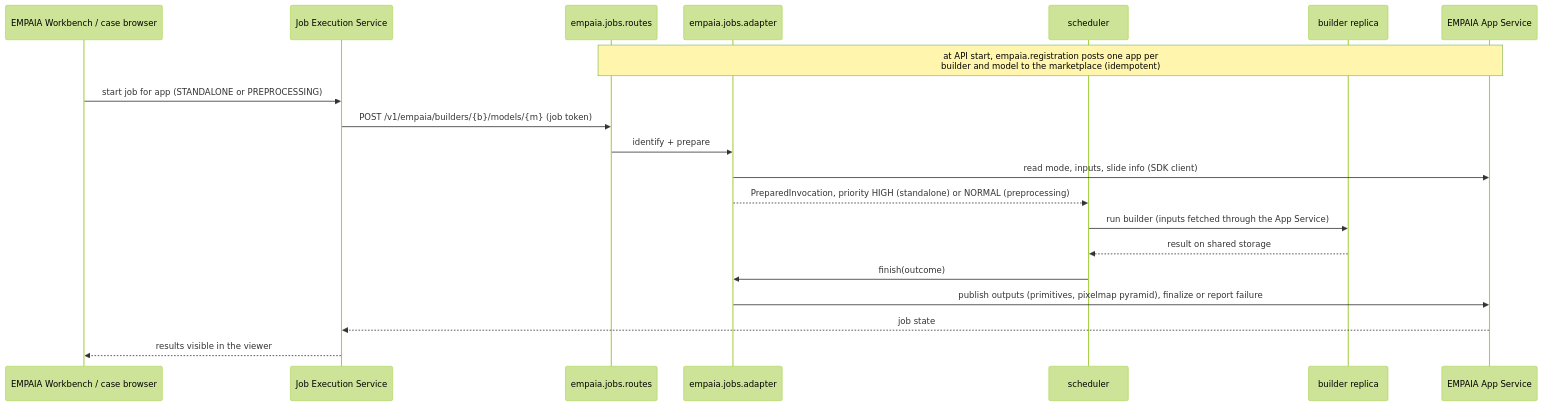
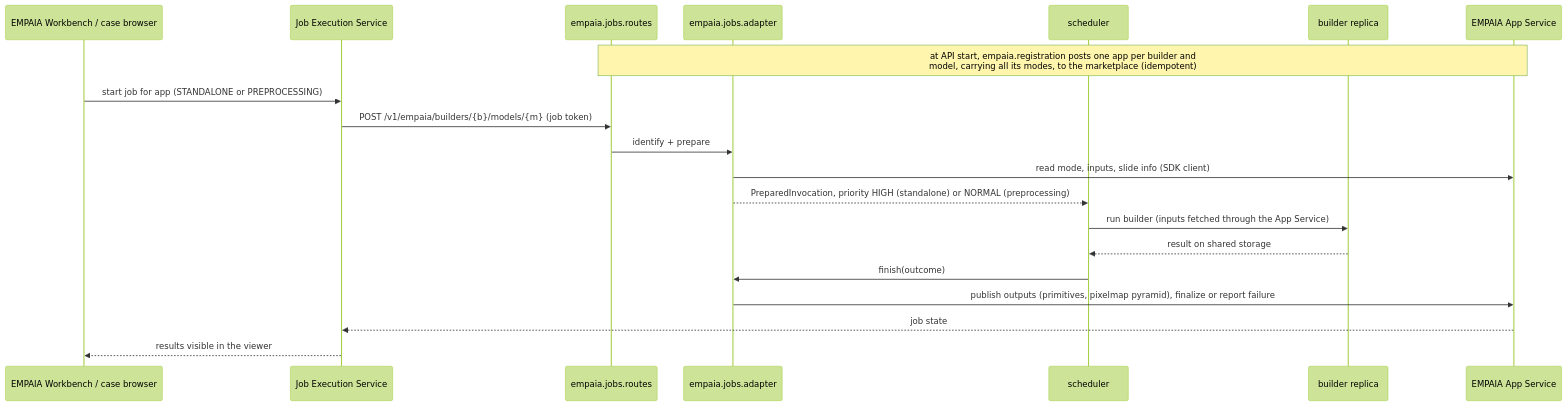
One commit to stefanpeknik/model-service changed the diagram in docs/architecture/empaia.md. Above: the diagram before and after it, drawn with Mermaid (forest theme).

Commit message:
docs: one EMPAIA app per builder and model carries all its modes

````diff
--- a/docs/architecture/empaia.md
+++ b/docs/architecture/empaia.md
@@ -9,23 +9,23 @@
 ```mermaid
 sequenceDiagram
   participant WD as EMPAIA Workbench / case browser
   participant JES as Job Execution Service
   participant R as empaia.jobs.routes
   participant A as empaia.jobs.adapter
   participant S as scheduler
   participant B as builder replica
   participant AS as EMPAIA App Service
 
-  Note over R,AS: at API start, empaia.registration posts one app per<br/>builder and model to the marketplace (idempotent)
+  Note over R,AS: at API start, empaia.registration posts one app per builder and<br/>model, carrying all its modes, to the marketplace (idempotent)
   WD->>JES: start job for app (STANDALONE or PREPROCESSING)
   JES->>R: POST /v1/empaia/builders/{b}/models/{m} (job token)
   R->>A: identify + prepare
   A->>AS: read mode, inputs, slide info (SDK client)
   A-->>S: PreparedInvocation, priority HIGH (standalone) or NORMAL (preprocessing)
   S->>B: run builder (inputs fetched through the App Service)
   B-->>S: result on shared storage
   S->>A: finish(outcome)
   A->>AS: publish outputs (primitives, pixelmap pyramid), finalize or report failure
   AS-->>JES: job state
   JES-->>WD: results visible in the viewer
 ```
````
